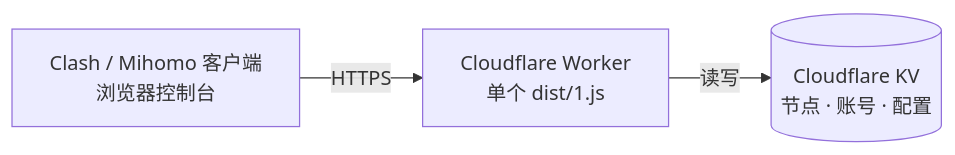
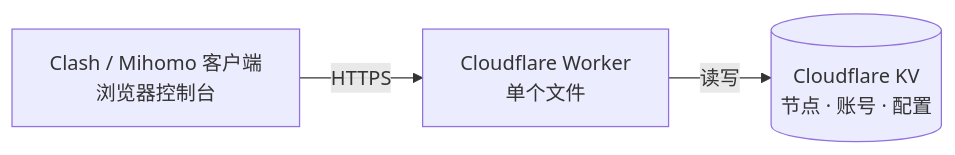
Before and after one commit to jinhuaitao/Clash: the diagram in README.md, drawn with Mermaid. The commit also changed other lines of this file, not shown here.

````diff
--- a/README.md
+++ b/README.md
@@ -29,5 +29,5 @@
 ```mermaid
 flowchart LR
-    C["Clash / Mihomo 客户端<br/>浏览器控制台"] -->|"HTTPS"| W["Cloudflare Worker<br/>单个 dist/1.js"]
+    C["Clash / Mihomo 客户端<br/>浏览器控制台"] -->|"HTTPS"| W["Cloudflare Worker<br/>单个文件"]
     W -->|"读写"| K[("Cloudflare KV<br/>节点 · 账号 · 配置")]
 ```
````
